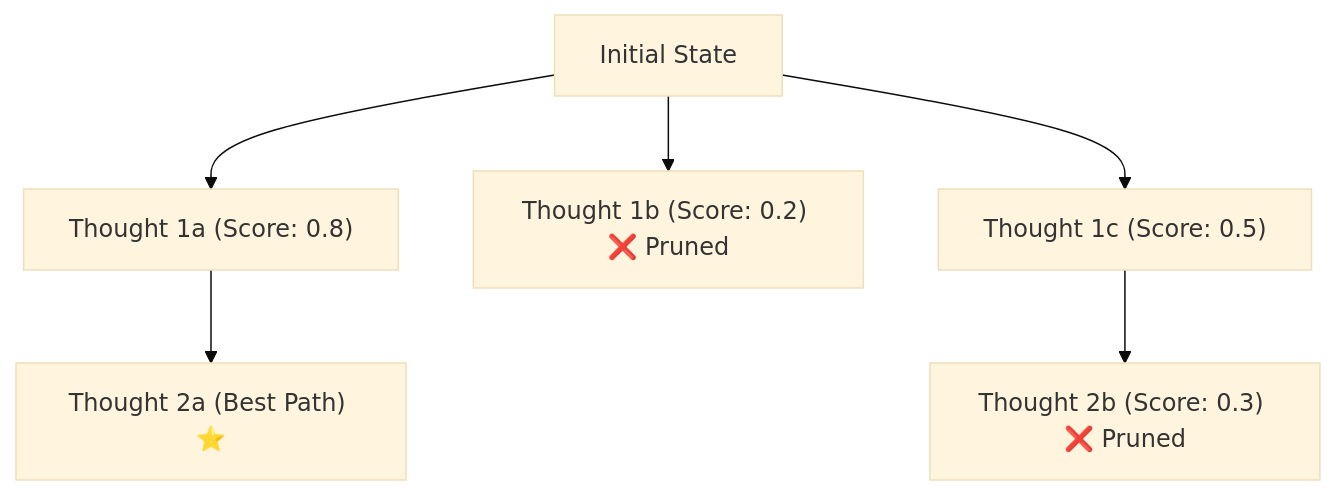
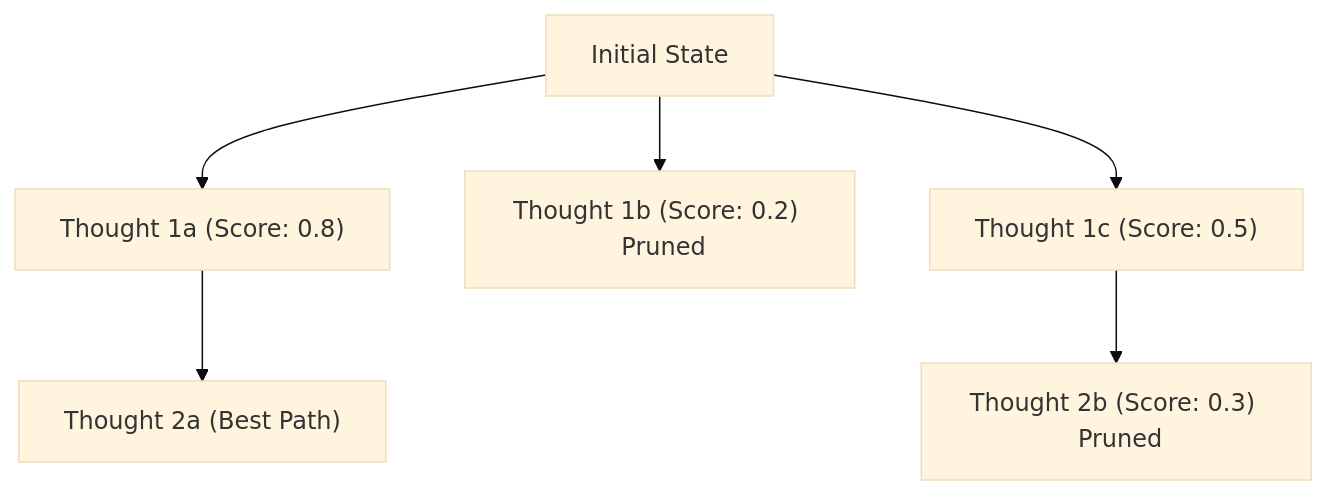
The third of 5 diagrams in chapters/03-cognitive-patterns/README.md (FirdowsRahaman/agentic-workflows-masterclass), drawn with Mermaid (base theme) before and after one commit. The commit also changed other lines of this file and 47 other files, not shown here.

````diff
--- a/chapters/03-cognitive-patterns/README.md
+++ b/chapters/03-cognitive-patterns/README.md
@@ -76,8 +76,8 @@
 ```mermaid
 graph TD
     Root["Initial State"] --> T1["Thought 1a (Score: 0.8)"]
-    Root --> T2["Thought 1b (Score: 0.2) ❌ Pruned"]
+    Root --> T2["Thought 1b (Score: 0.2)  Pruned"]
     Root --> T3["Thought 1c (Score: 0.5)"]
-    T1 --> T1a["Thought 2a (Best Path) ⭐"]
-    T3 --> T3a["Thought 2b (Score: 0.3) ❌ Pruned"]
+    T1 --> T1a["Thought 2a (Best Path) "]
+    T3 --> T3a["Thought 2b (Score: 0.3)  Pruned"]
 ```
````
